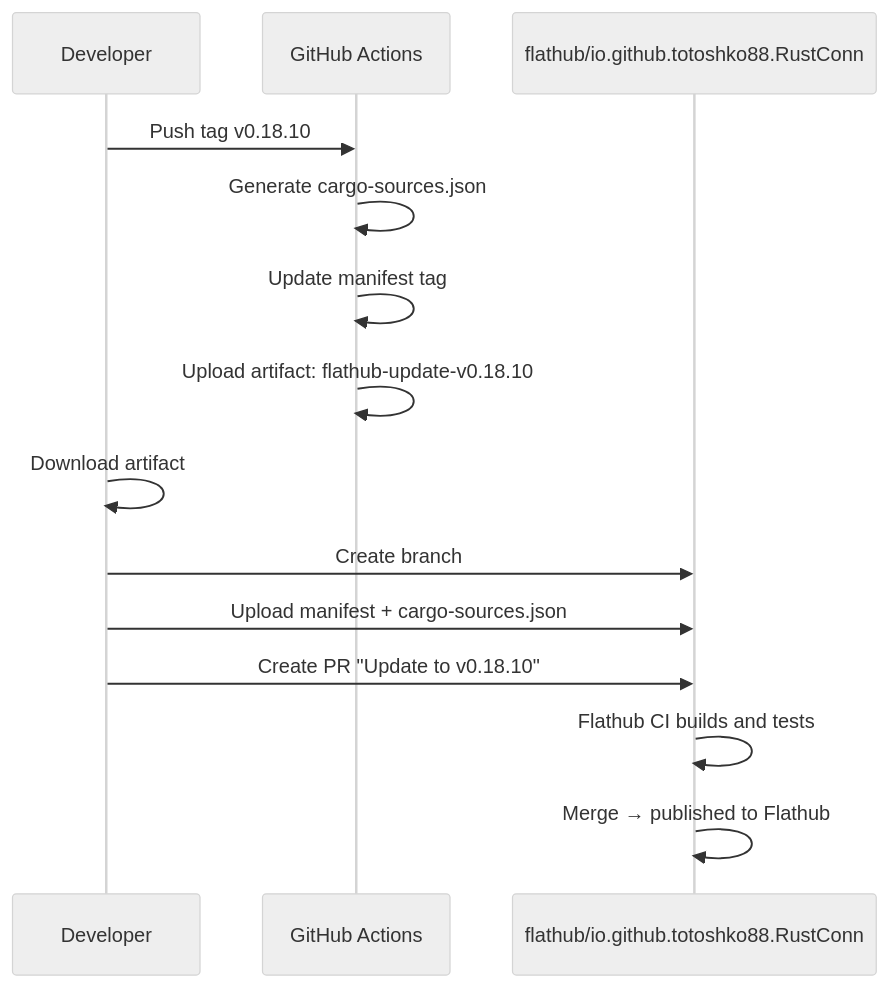
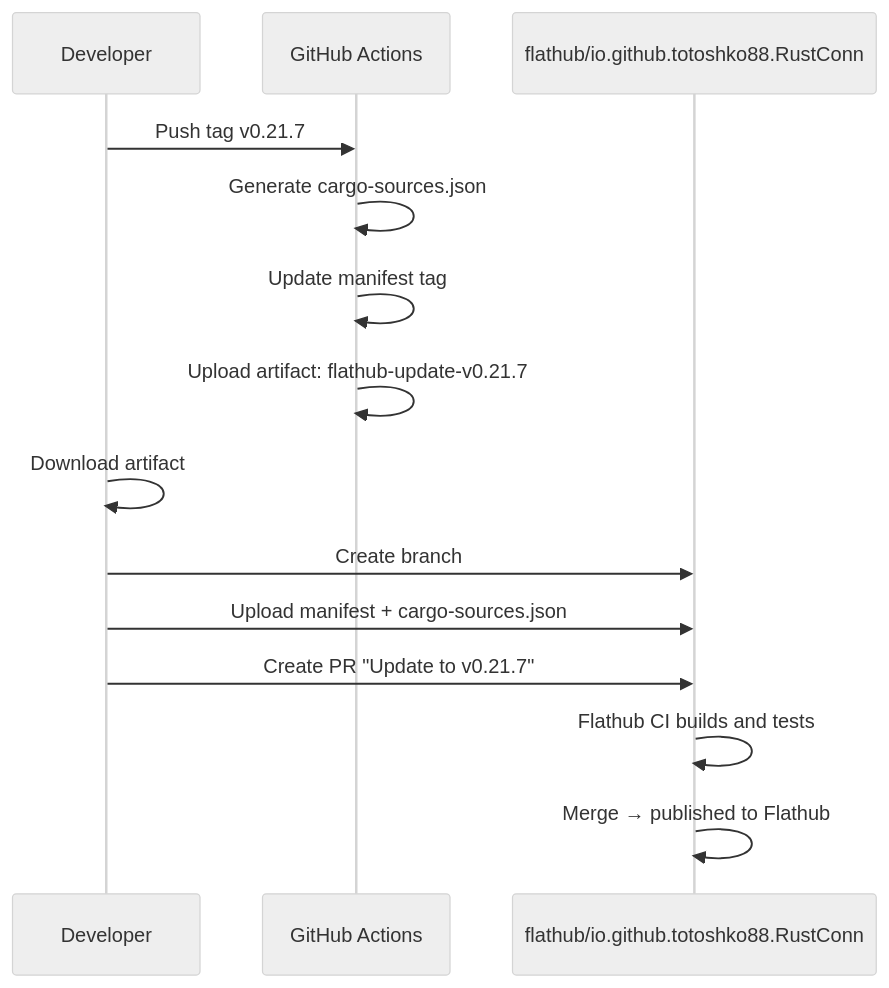
Before and after one commit to totoshko88/RustConn: the sixth of 6 diagrams in docs/CI_BUILD_FLOW.md, drawn with Mermaid (neutral theme). The commit also changed other lines of this file and 7 other files, not shown here.

````diff
--- a/docs/CI_BUILD_FLOW.md
+++ b/docs/CI_BUILD_FLOW.md
@@ -255,18 +255,18 @@
 ```mermaid
 sequenceDiagram
     participant Dev as Developer
     participant GH as GitHub Actions
     participant FH as flathub/io.github.totoshko88.RustConn
 
-    Dev->>GH: Push tag v0.18.10
+    Dev->>GH: Push tag v0.21.7
     GH->>GH: Generate cargo-sources.json
     GH->>GH: Update manifest tag
-    GH->>GH: Upload artifact: flathub-update-v0.18.10
+    GH->>GH: Upload artifact: flathub-update-v0.21.7
 
     Dev->>Dev: Download artifact
     Dev->>FH: Create branch
     Dev->>FH: Upload manifest + cargo-sources.json
-    Dev->>FH: Create PR "Update to v0.18.10"
+    Dev->>FH: Create PR "Update to v0.21.7"
     FH->>FH: Flathub CI builds and tests
     FH->>FH: Merge → published to Flathub
 ```
````
